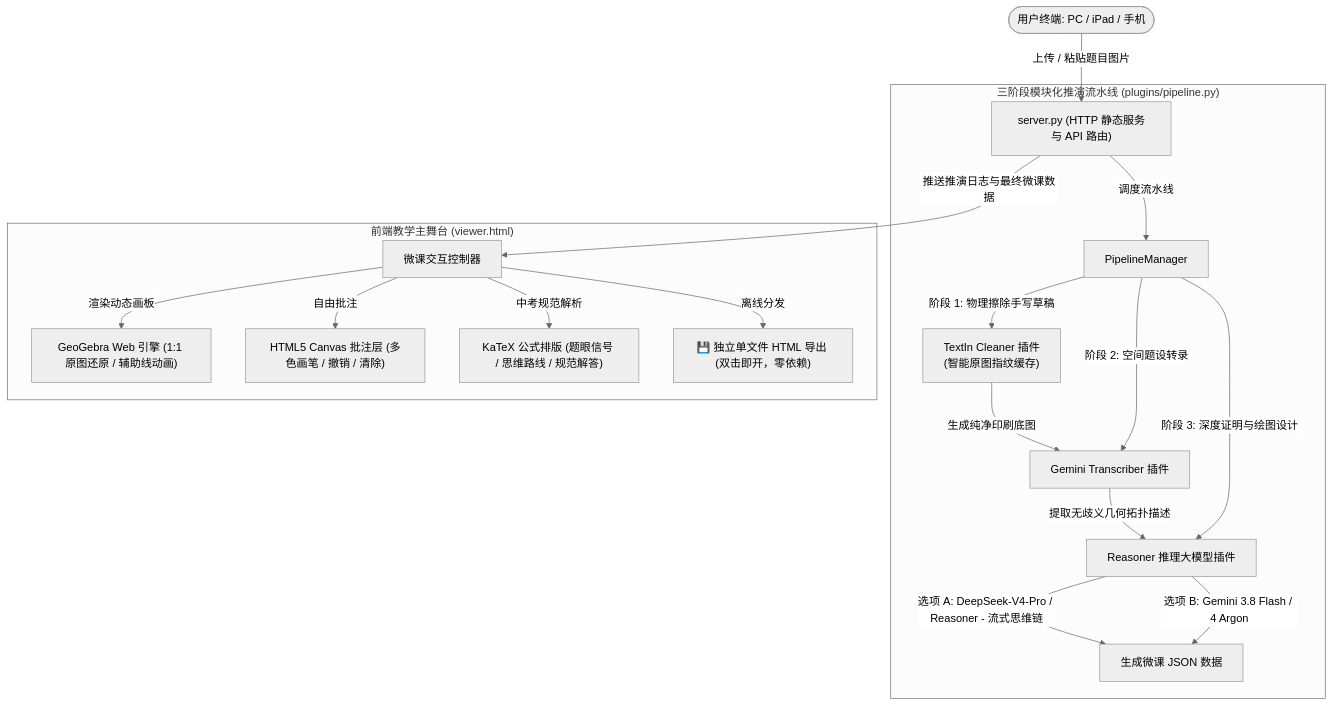
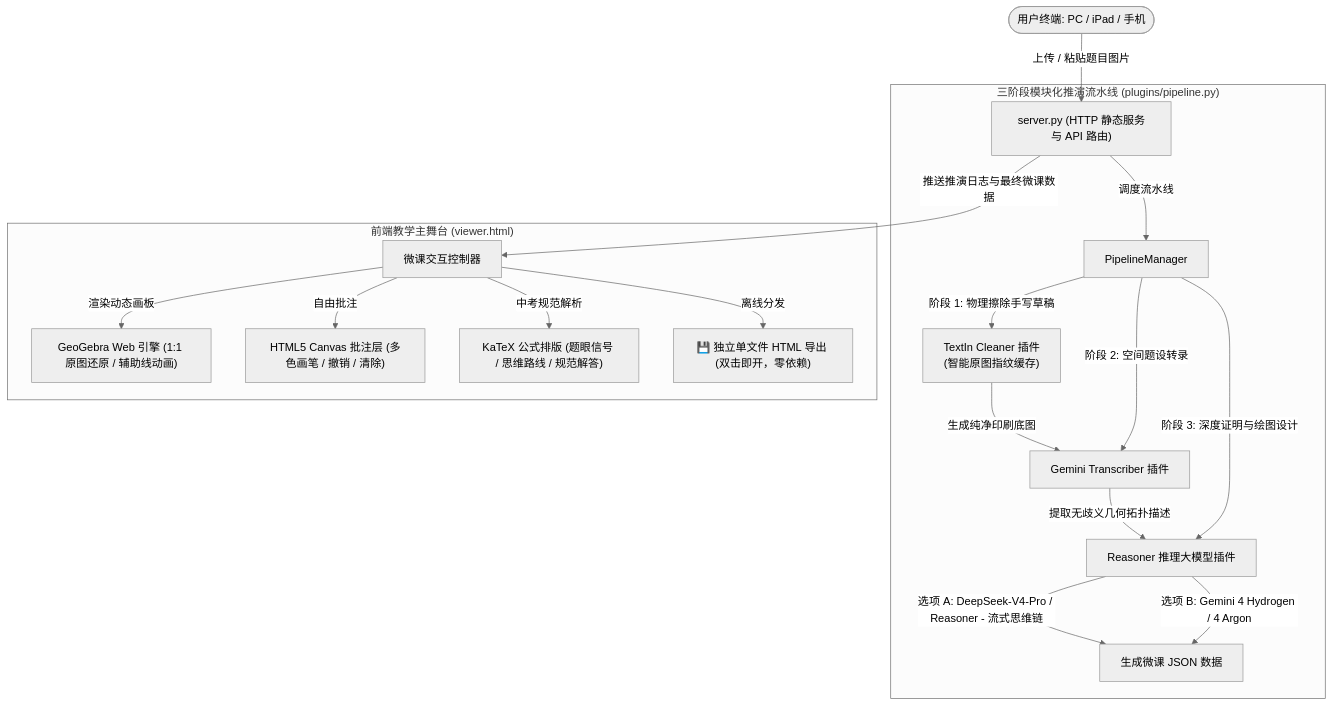
Before and after one commit to kkt0474/math_tutor: the diagram in README.md, drawn with Mermaid (neutral theme). The commit also changed other lines of this file and 14 other files, not shown here.

````diff
--- a/README.md
+++ b/README.md
@@ -47,26 +47,26 @@
 ```mermaid
 flowchart TD
     User(["用户终端: PC / iPad / 手机"]) -->|上传 / 粘贴题目图片| Server["server.py (HTTP 静态服务与 API 路由)"]
     
     subgraph Pipeline ["三阶段模块化推演流水线 (plugins/pipeline.py)"]
         Server -->|调度流水线| Manager["PipelineManager"]
         
         Manager -->|阶段 1: 物理擦除手写草稿| Cleaner["TextIn Cleaner 插件<br/>(智能原图指纹缓存)"]
         Cleaner -->|生成纯净印刷底图| Transcriber["Gemini Transcriber 插件"]
         
         Manager -->|阶段 2: 空间题设转录| Transcriber
         Transcriber -->|提取无歧义几何拓扑描述| Reasoner["Reasoner 推理大模型插件"]
         
         Manager -->|阶段 3: 深度证明与绘图设计| Reasoner
         Reasoner -->|"选项 A: DeepSeek-V4-Pro / Reasoner - 流式思维链"| SolveData["生成微课 JSON 数据"]
-        Reasoner -->|"选项 B: Gemini 3.8 Flash / 4 Argon"| SolveData
+        Reasoner -->|"选项 B: Gemini 4 Hydrogen / 4 Argon"| SolveData
     end
 
     subgraph Frontend ["前端教学主舞台 (viewer.html)"]
         Server -->|推送推演日志与最终微课数据| ViewCtrl["微课交互控制器"]
         ViewCtrl -->|渲染动态画板| GGB["GeoGebra Web 引擎 (1:1 原图还原 / 辅助线动画)"]
         ViewCtrl -->|自由批注| Canvas["HTML5 Canvas 批注层 (多色画笔 / 撤销 / 清除)"]
         ViewCtrl -->|中考规范解析| KaTeX["KaTeX 公式排版 (题眼信号 / 思维路线 / 规范解答)"]
         ViewCtrl -->|离线分发| Export["💾 独立单文件 HTML 导出 (双击即开，零依赖)"]
     end
 ```
````
